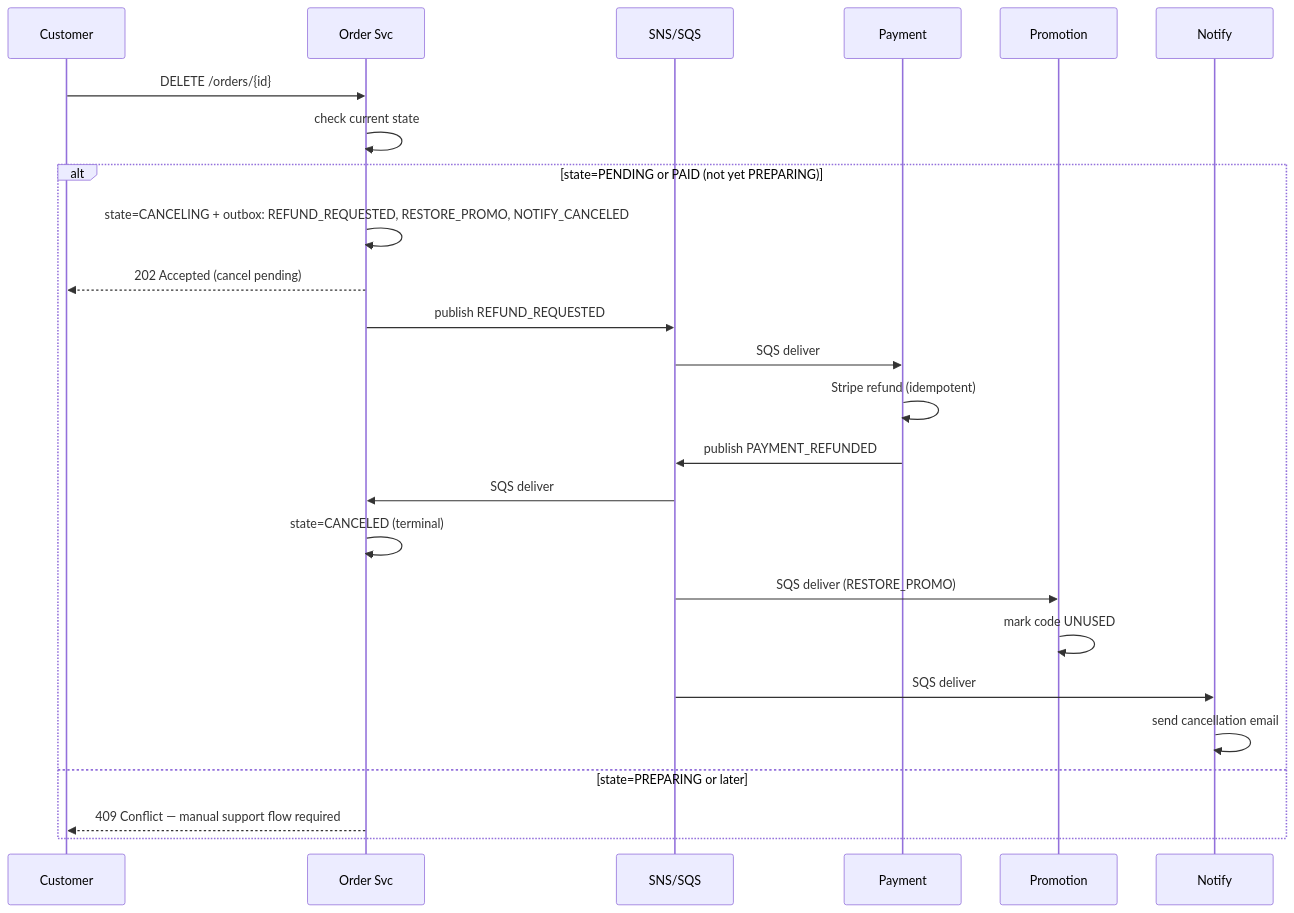
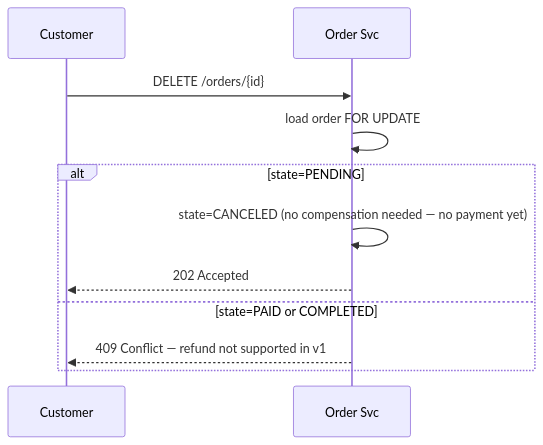
One commit to mitaka-dev/food-delivery-system changed the second of 4 diagrams in docs/plan/ARCHITECTURE.md. Above: the diagram before and after it, drawn with Mermaid. The commit also changed other lines of this file and 5 other files, not shown here.

````diff
--- a/docs/plan/ARCHITECTURE.md
+++ b/docs/plan/ARCHITECTURE.md
@@ -604,29 +656,14 @@
 ```mermaid
 sequenceDiagram
     participant C as Customer
     participant O as Order Svc
-    participant Bus as SNS/SQS
-    participant Pay as Payment
-    participant Pr as Promotion
-    participant N as Notify
 
     C->>O: DELETE /orders/{id}
-    O->>O: check current state
-
-    alt state=PENDING or PAID (not yet PREPARING)
-        O->>O: state=CANCELING + outbox: REFUND_REQUESTED, RESTORE_PROMO, NOTIFY_CANCELED
-        O-->>C: 202 Accepted (cancel pending)
-        O->>Bus: publish REFUND_REQUESTED
-        Bus->>Pay: SQS deliver
-        Pay->>Pay: Stripe refund (idempotent)
-        Pay->>Bus: publish PAYMENT_REFUNDED
-        Bus->>O: SQS deliver
-        O->>O: state=CANCELED (terminal)
-        Bus->>Pr: SQS deliver (RESTORE_PROMO)
-        Pr->>Pr: mark code UNUSED
-        Bus->>N: SQS deliver
-        N->>N: send cancellation email
-    else state=PREPARING or later
-        O-->>C: 409 Conflict — manual support flow required
+    O->>O: load order FOR UPDATE
+    alt state=PENDING
+        O->>O: state=CANCELED (no compensation needed — no payment yet)
+        O-->>C: 202 Accepted
+    else state=PAID or COMPLETED
+        O-->>C: 409 Conflict — refund not supported in v1
     end
 ```
````
